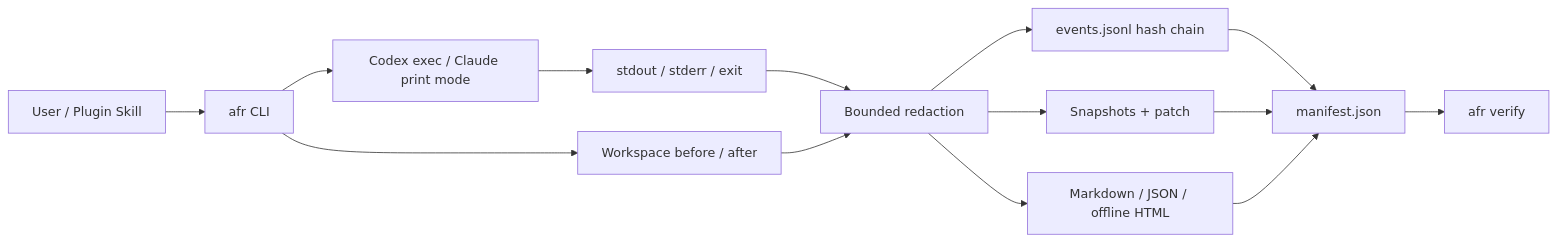
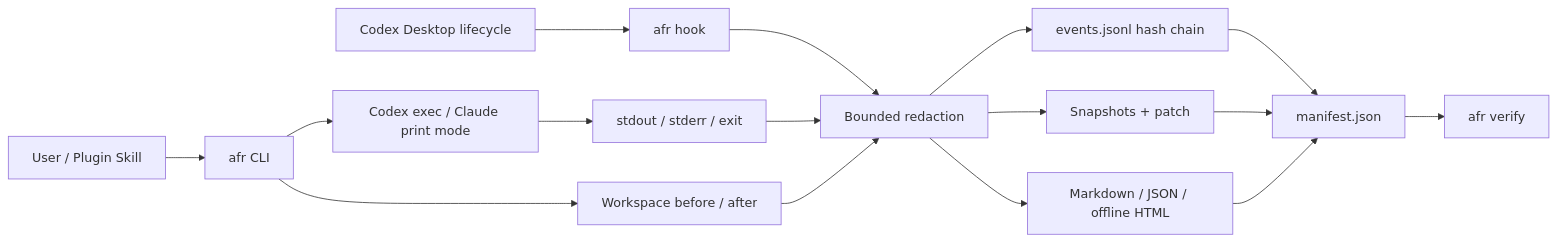
The diagram in README.md (liao96312/agent-flight-recorder), drawn with Mermaid before and after one commit. The commit also changed other lines of this file and 2 other files, not shown here.

````diff
--- a/README.md
+++ b/README.md
@@ -41,16 +49,18 @@
 ```mermaid
 flowchart LR
   User["User / Plugin Skill"] --> CLI["afr CLI"]
   CLI --> Agent["Codex exec / Claude print mode"]
   Agent --> Output["stdout / stderr / exit"]
   CLI --> Workspace["Workspace before / after"]
+  Desktop["Codex Desktop lifecycle"] --> Hook["afr hook"]
+  Hook --> Redact
   Output --> Redact["Bounded redaction"]
   Workspace --> Redact
   Redact --> Events["events.jsonl hash chain"]
   Redact --> Artifacts["Snapshots + patch"]
   Redact --> Reports["Markdown / JSON / offline HTML"]
   Events --> Manifest["manifest.json"]
   Artifacts --> Manifest
   Reports --> Manifest
   Manifest --> Verify["afr verify"]
 ```
````
